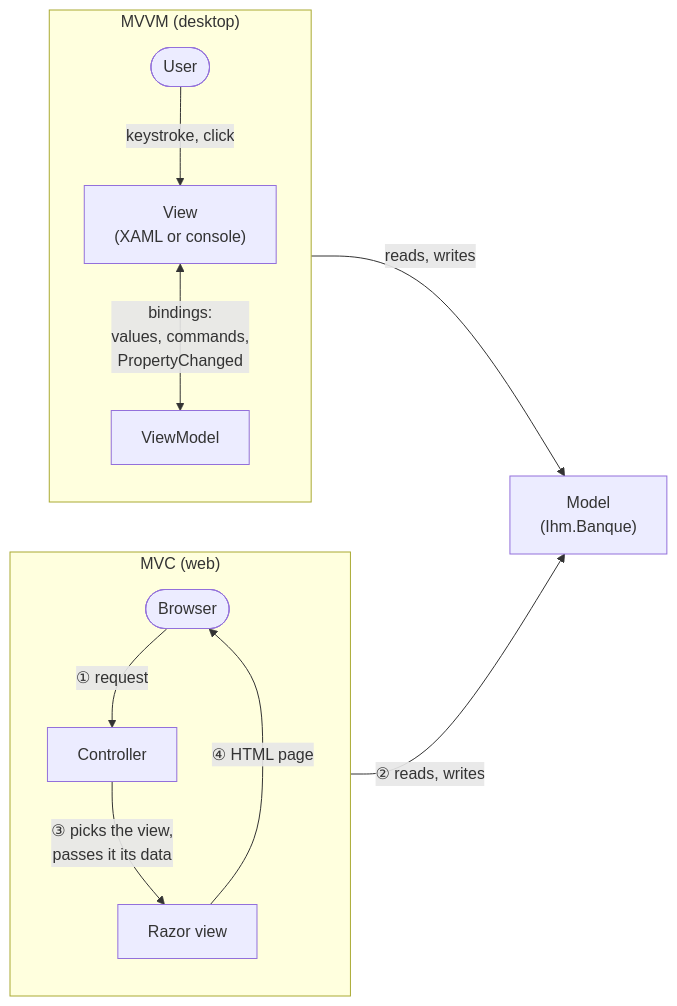
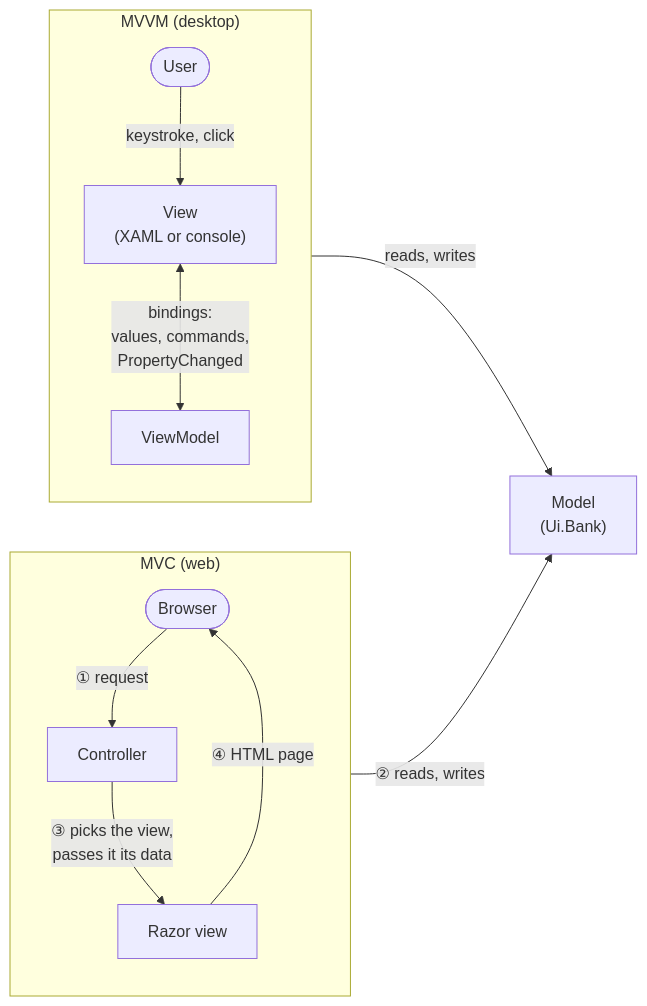
The first of 3 diagrams in Docs/en/24-mvc-mvvm.md (drangoht/ArchitecturesDemo), drawn with Mermaid before and after one commit. The commit also changed other lines of this file and 78 other files, not shown here.

First line of the commit message:
Docs EN : identifiants, liens, diagrammes et sorties alignés sur le code anglais

````diff
--- a/Docs/en/24-mvc-mvvm.md
+++ b/Docs/en/24-mvc-mvvm.md
@@ -24,23 +23,23 @@
 ```mermaid
 flowchart LR
     subgraph MVC["MVC (web)"]
         direction TB
         N(["Browser"])
         C["Controller"]
         V["Razor view"]
         N -->|"① request"| C
         C -->|"③ picks the view,<br/>passes it its data"| V
         V -->|"④ HTML page"| N
     end
     subgraph MVVM["MVVM (desktop)"]
         direction TB
         U(["User"])
         W["View<br/>(XAML or console)"]
         VM["ViewModel"]
         U -->|"keystroke, click"| W
         W <-->|"bindings:<br/>values, commands,<br/>PropertyChanged"| VM
     end
-    M["Model<br/>(Ihm.Banque)"]
+    M["Model<br/>(Ui.Bank)"]
     C -->|"② reads, writes"| M
     VM -->|"reads, writes"| M
 ```
````
